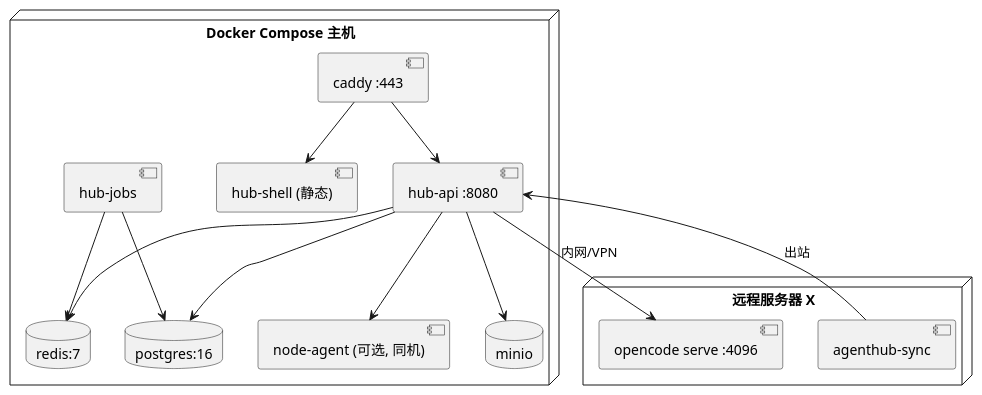
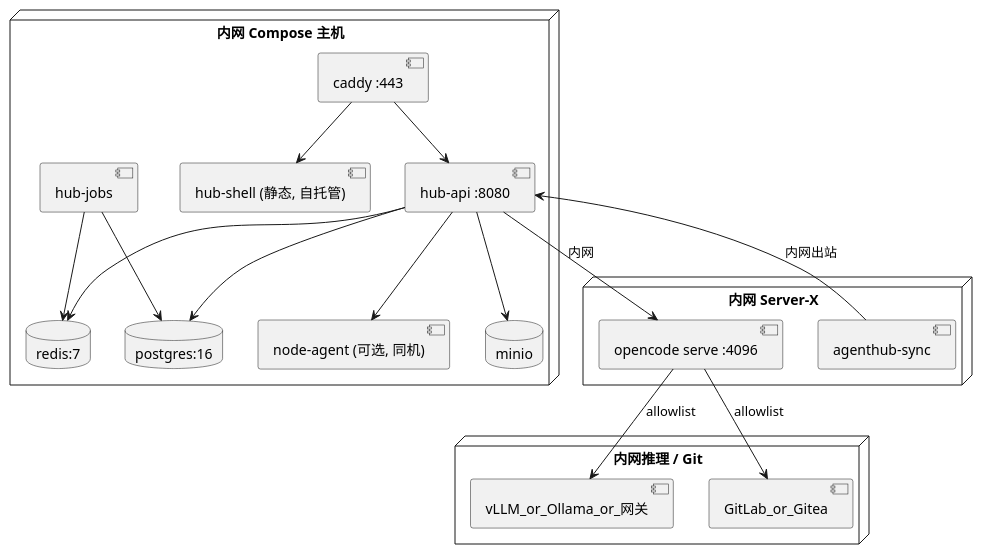
One commit to JackLuguibin/AgentHubEx changed the third of 4 diagrams in docs/architecture/12-security-observability-deployment.md. Above: the diagram before and after it, drawn with PlantUML. The commit also changed other lines of this file and 18 other files, not shown here.

First line of the commit message:
docs: align architecture on React SPA, Drizzle, open-source, intranet

````diff
--- a/docs/architecture/12-security-observability-deployment.md
+++ b/docs/architecture/12-security-observability-deployment.md
@@ -103,28 +105,34 @@
 ```plantuml
 @startuml deploy-compose
-node "Docker Compose 主机" {
+node "内网 Compose 主机" {
   [caddy :443] as C
-  [hub-shell (静态)] as S
+  [hub-shell (静态, 自托管)] as S
   [hub-api :8080] as A
   [hub-jobs] as J
   database "postgres:16" as PG
   database "redis:7" as R
   database "minio" as M
   [node-agent (可选, 同机)] as N
 }
-node "远程服务器 X" {
+node "内网推理 / Git" {
+  [vLLM_or_Ollama_or_网关] as LLM
+  [GitLab_or_Gitea] as GIT
+}
+node "内网 Server-X" {
   [opencode serve :4096] as O
   [agenthub-sync] as SY
 }
 C --> S
 C --> A
 A --> PG
 A --> R
 A --> M
 J --> PG
 J --> R
-A --> O : 内网/VPN
-SY --> A : 出站
+A --> O : 内网
+SY --> A : 内网出站
 A --> N
+O --> LLM : allowlist
+O --> GIT : allowlist
 @enduml
 ```
````
